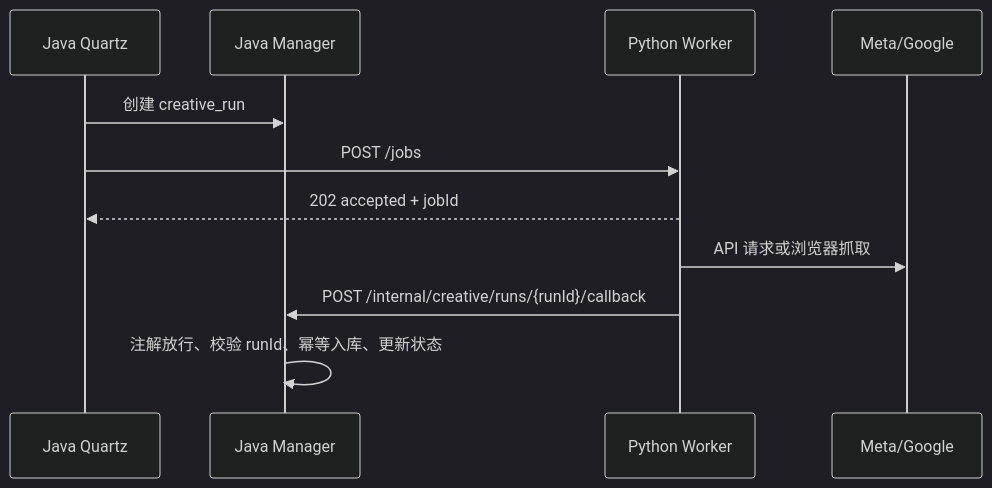
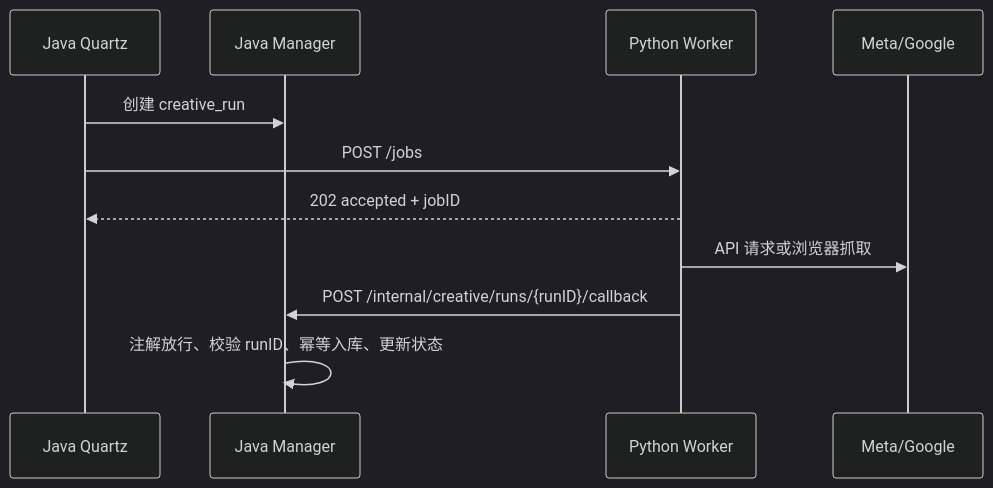
Before and after one commit to xianjiandada/id-game-distribution-python-workers: the diagram in docs/架构设计.md, drawn with Mermaid (dark theme). The commit also changed other lines of this file and 15 other files, not shown here.

````diff
--- a/docs/架构设计.md
+++ b/docs/架构设计.md
@@ -11,13 +11,13 @@
 ```mermaid
 sequenceDiagram
     participant Q as Java Quartz
     participant M as Java Manager
     participant P as Python Worker
     participant S as Meta/Google
     Q->>M: 创建 creative_run
     Q->>P: POST /jobs
-    P-->>Q: 202 accepted + jobId
+    P-->>Q: 202 accepted + jobID
     P->>S: API 请求或浏览器抓取
-    P->>M: POST /internal/creative/runs/{runId}/callback
-    M->>M: 注解放行、校验 runId、幂等入库、更新状态
+    P->>M: POST /internal/creative/runs/{runID}/callback
+    M->>M: 注解放行、校验 runID、幂等入库、更新状态
 ```
````
